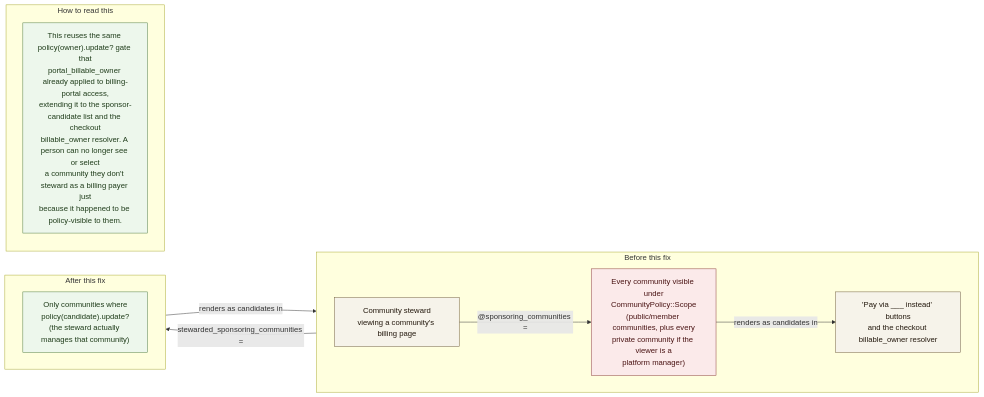
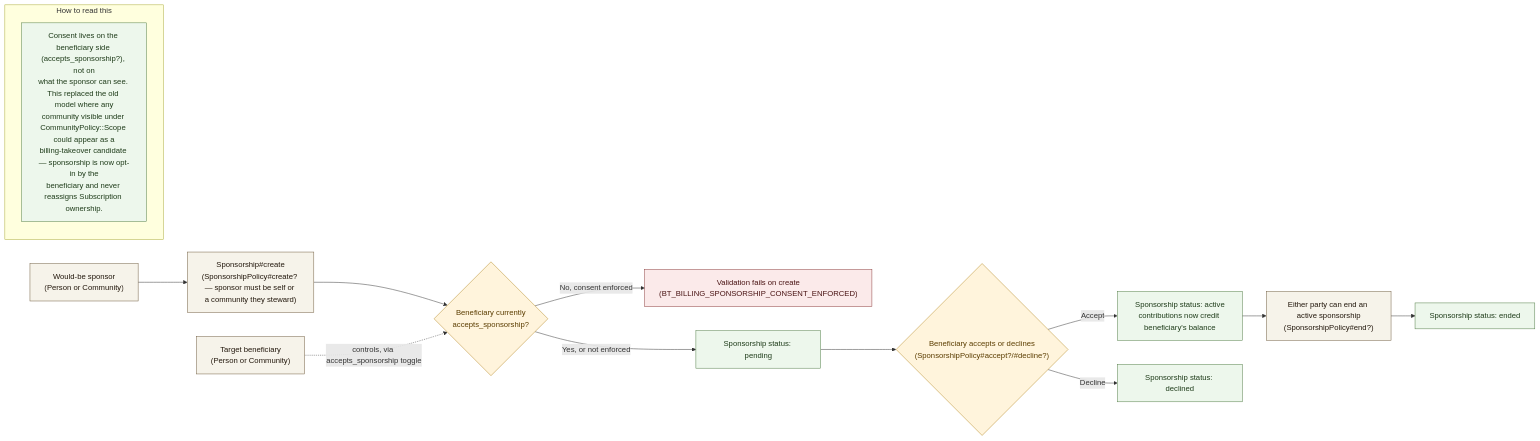
Before and after one commit to better-together-org/community-engine-rails: the diagram in docs/diagrams/source/pr_1581_sponsor_authorization_scope.mmd, drawn with Mermaid. The commit also changed 8 other files, not shown here.

First line of the commit message:
docs(diagrams): update 3 architecture diagrams for the sponsorship redesign

```diff
--- a/docs/diagrams/source/pr_1581_sponsor_authorization_scope.mmd
+++ b/docs/diagrams/source/pr_1581_sponsor_authorization_scope.mmd
@@ -1,26 +1,32 @@
 %% render.orientation: landscape
 flowchart LR
   classDef record fill:#f6f3ea,stroke:#6f5b3e,color:#23180d,stroke-width:1px;
+  classDef decision fill:#fff4dc,stroke:#b48722,color:#5b3d00,stroke-width:1px;
   classDef outcome fill:#edf7ec,stroke:#4f7b43,color:#1f3c1a,stroke-width:1px;
   classDef risk fill:#fbeaea,stroke:#8a3a3a,color:#4a1414,stroke-width:1px;
 
-  Steward["Community steward<br/>viewing a community's billing page"]:::record
-  AllVisible["Every community visible under<br/>CommunityPolicy::Scope<br/>(public/member communities, plus every<br/>private community if the viewer is a<br/>platform manager)"]:::risk
-  Stewarded["Only communities where<br/>policy(candidate).update?<br/>(the steward actually manages that community)"]:::outcome
-  Buttons["'Pay via ___ instead' buttons<br/>and the checkout billable_owner resolver"]:::record
+  Sponsor["Would-be sponsor<br/>(Person or Community)"]:::record
+  Beneficiary["Target beneficiary<br/>(Person or Community)"]:::record
+  Consent{"Beneficiary currently<br/>accepts_sponsorship?"}:::decision
+  Create["Sponsorship#create<br/>(SponsorshipPolicy#create? — sponsor must be self or a community they steward)"]:::record
+  Blocked["Validation fails on create<br/>(BT_BILLING_SPONSORSHIP_CONSENT_ENFORCED)"]:::risk
+  Pending["Sponsorship status: pending"]:::outcome
+  Decide{"Beneficiary accepts or declines<br/>(SponsorshipPolicy#accept?/#decline?)"}:::decision
+  Active["Sponsorship status: active<br/>contributions now credit beneficiary's balance"]:::outcome
+  Declined["Sponsorship status: declined"]:::outcome
+  End["Either party can end an active sponsorship<br/>(SponsorshipPolicy#end?)"]:::record
+  Ended["Sponsorship status: ended"]:::outcome
 
-  subgraph Before["Before this fix"]
-    direction LR
-    Steward -->|"@sponsoring_communities ="| AllVisible
-    AllVisible -->|renders as candidates in| Buttons
-  end
-
-  subgraph After["After this fix"]
-    direction LR
-    Steward -->|"stewarded_sponsoring_communities ="| Stewarded
-    Stewarded -->|renders as candidates in| Buttons
-  end
+  Sponsor --> Create
+  Create --> Consent
+  Consent -->|No, consent enforced| Blocked
+  Consent -->|Yes, or not enforced| Pending
+  Beneficiary -.->|controls, via accepts_sponsorship toggle| Consent
+  Pending --> Decide
+  Decide -->|Accept| Active
+  Decide -->|Decline| Declined
+  Active --> End --> Ended
 
   subgraph PlainLanguage["How to read this"]
-    Note["This reuses the same policy(owner).update? gate that<br/>portal_billable_owner already applied to billing-portal access,<br/>extending it to the sponsor-candidate list and the checkout<br/>billable_owner resolver. A person can no longer see or select<br/>a community they don't steward as a billing payer just<br/>because it happened to be policy-visible to them."]:::outcome
+    Note["Consent lives on the beneficiary side (accepts_sponsorship?), not on\nwhat the sponsor can see. This replaced the old model where any\ncommunity visible under CommunityPolicy::Scope could appear as a\nbilling-takeover candidate — sponsorship is now opt-in by the\nbeneficiary and never reassigns Subscription ownership."]:::outcome
   end
```
